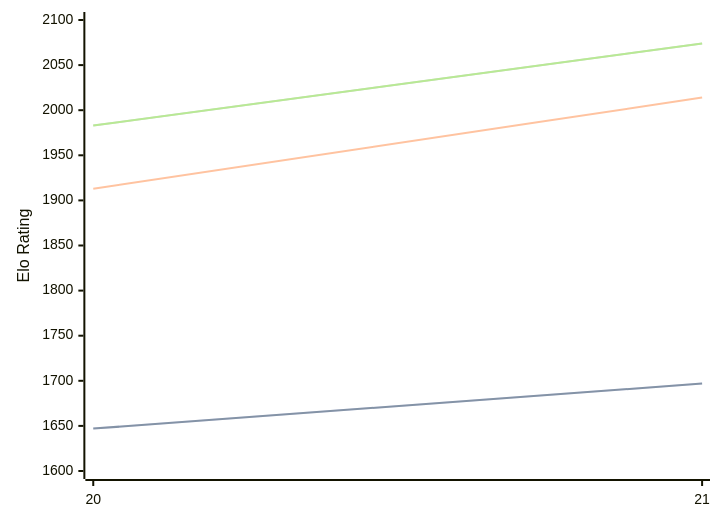
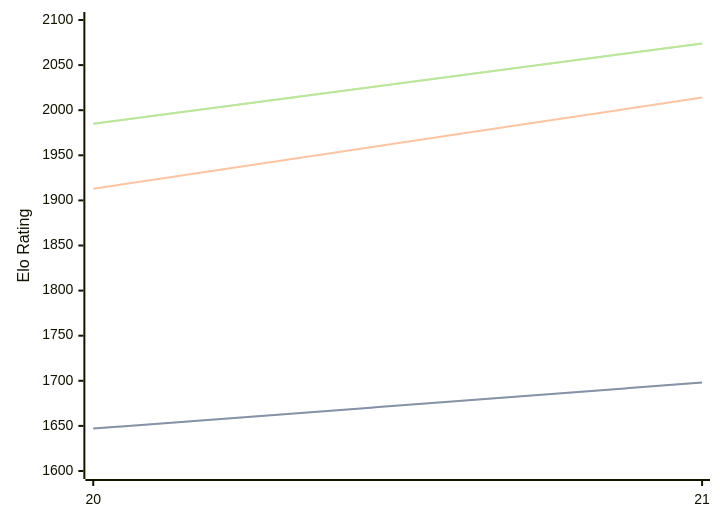
The diagram in engines/PurplePanda.md (computer-chess-index/cci), drawn with Mermaid before and after one commit. The commit also changed other lines of this file, not shown here.

Commit message:
Update CCI Ratings (ELO VLTC) - 2026-09-16

````diff
--- a/engines/PurplePanda.md
+++ b/engines/PurplePanda.md
@@ -32,11 +32,11 @@
 ```mermaid
 %%{init: {"theme":"base","themeVariables":{"seriesColors:['#a3a3a3','#222221','#faa371']}}}%%
 xychart-beta
   x-axis ["20", "21"]
   y-axis "Elo Rating" 1600 --> 2100
-  line "" [1647, 1697]
-  line "STC (8.0+0.08s)" [1647, 1697]
+  line "" [1647, 1698]
+  line "STC (8.0+0.08s)" [1647, 1698]
   line "LTC (60.0+0.60s)" [1913, 2014]
-  line "" [1983, 2074]
-  line "VLTC (2m24s+1.12s)" [1983, 2074]
+  line "" [1985, 2074]
+  line "VLTC (2m24s+1.12s)" [1985, 2074]
 ```
````
